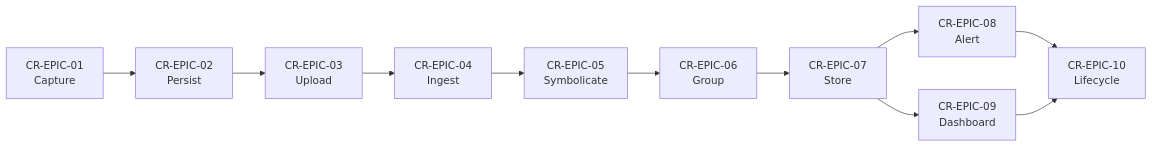
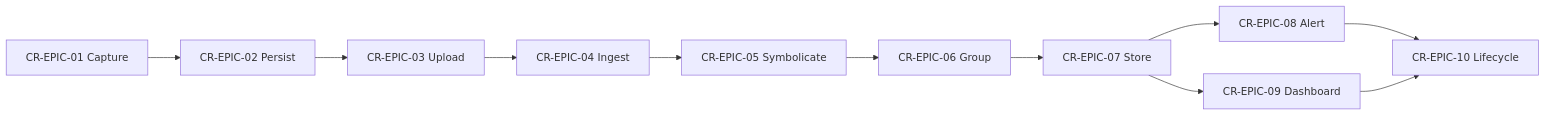
Before and after one commit to Sandeep01Kumar/22-Apr-java-existing-projects-qa-test: the diagram in EP-Spring-Boot--main/docs/crashlytics-pipeline/epics-and-stories.md, drawn with Mermaid. The commit also changed other lines of this file, not shown here.

First paragraph of the commit message:
docs(crashlytics-pipeline): resolve review findings — story template, Mermaid HTML, credential wording
Address all 3 findings in the Checkpoint 2 review of
docs/crashlytics-pipeline/epics-and-stories.md:

````diff
--- a/EP-Spring-Boot--main/docs/crashlytics-pipeline/epics-and-stories.md
+++ b/EP-Spring-Boot--main/docs/crashlytics-pipeline/epics-and-stories.md
@@ -11,13 +11,13 @@
 ```mermaid
 flowchart LR
-  S1[CR-EPIC-01<br/>Capture] --> S2[CR-EPIC-02<br/>Persist]
-  S2 --> S3[CR-EPIC-03<br/>Upload]
-  S3 --> S4[CR-EPIC-04<br/>Ingest]
-  S4 --> S5[CR-EPIC-05<br/>Symbolicate]
-  S5 --> S6[CR-EPIC-06<br/>Group]
-  S6 --> S7[CR-EPIC-07<br/>Store]
-  S7 --> S8[CR-EPIC-08<br/>Alert]
-  S7 --> S9[CR-EPIC-09<br/>Dashboard]
-  S8 --> S10[CR-EPIC-10<br/>Lifecycle]
+  S1["CR-EPIC-01 Capture"] --> S2["CR-EPIC-02 Persist"]
+  S2 --> S3["CR-EPIC-03 Upload"]
+  S3 --> S4["CR-EPIC-04 Ingest"]
+  S4 --> S5["CR-EPIC-05 Symbolicate"]
+  S5 --> S6["CR-EPIC-06 Group"]
+  S6 --> S7["CR-EPIC-07 Store"]
+  S7 --> S8["CR-EPIC-08 Alert"]
+  S7 --> S9["CR-EPIC-09 Dashboard"]
+  S8 --> S10["CR-EPIC-10 Lifecycle"]
   S9 --> S10
 ```
````
